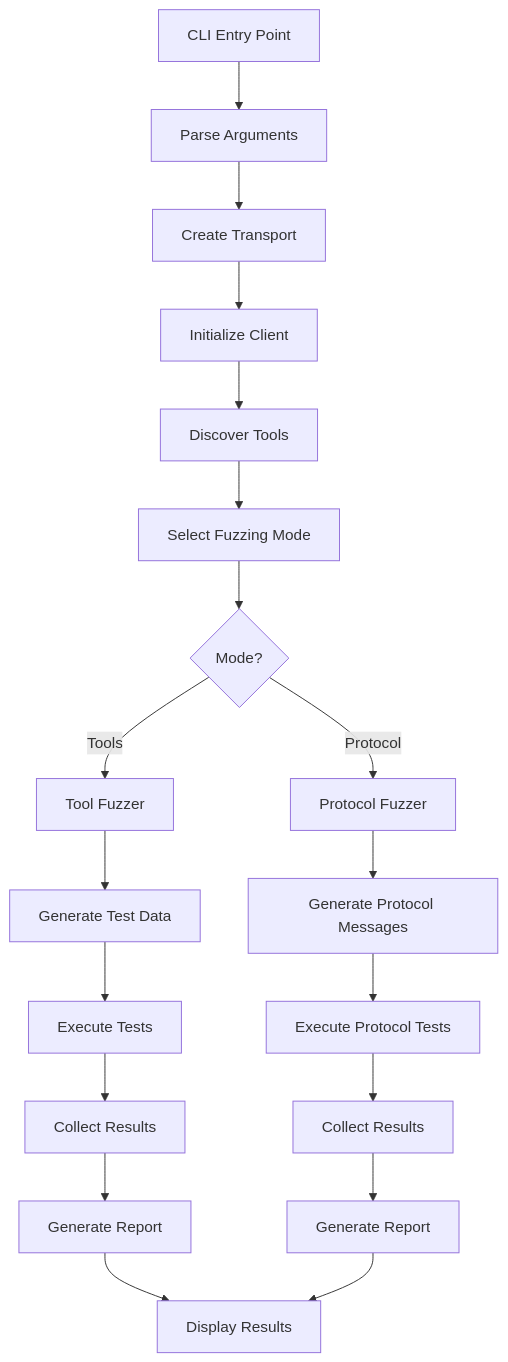
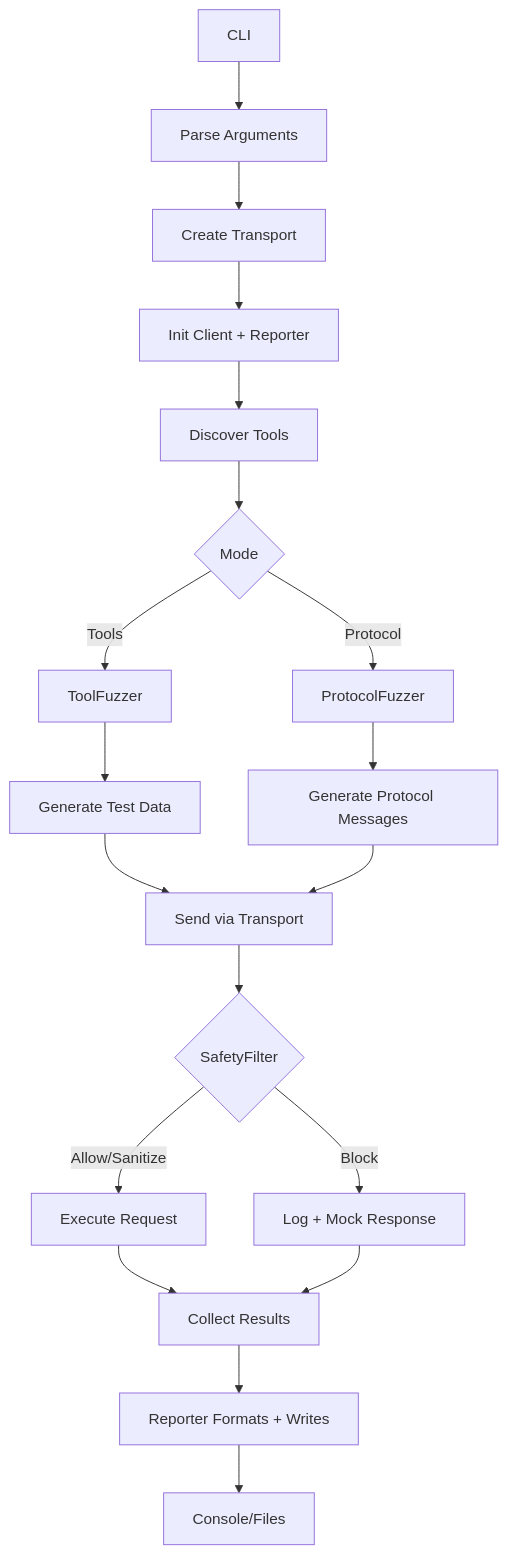
The second of 5 diagrams in docs/architecture.md (Agent-Hellboy/mcp-server-fuzzer), drawn with Mermaid before and after one commit. The commit also changed other lines of this file and 48 other files, not shown here.

````diff
--- a/docs/architecture.md
+++ b/docs/architecture.md
@@ -71,27 +87,27 @@
 ```mermaid
 graph TD
-    A[CLI Entry Point] --> B[Parse Arguments]
+    A[CLI] --> B[Parse Arguments]
     B --> C[Create Transport]
-    C --> D[Initialize Client]
+    C --> D[Init Client + Reporter]
     D --> E[Discover Tools]
-    E --> F[Select Fuzzing Mode]
+    E --> F{Mode}
 
-    F --> G{Mode?}
-    G -->|Tools| H[Tool Fuzzer]
-    G -->|Protocol| I[Protocol Fuzzer]
+    F -->|Tools| G[ToolFuzzer]
+    F -->|Protocol| H[ProtocolFuzzer]
 
-    H --> J[Generate Test Data]
-    I --> K[Generate Protocol Messages]
+    G --> I[Generate Test Data]
+    H --> J[Generate Protocol Messages]
 
-    J --> L[Execute Tests]
-    K --> M[Execute Protocol Tests]
+    I --> K[Send via Transport]
+    J --> K
 
-    L --> N[Collect Results]
-    M --> O[Collect Results]
+    K --> L{SafetyFilter}
+    L -->|Block| M[Log + Mock Response]
+    L -->|Allow/Sanitize| N[Execute Request]
 
-    N --> P[Generate Report]
-    O --> Q[Generate Report]
+    N --> O[Collect Results]
+    M --> O
 
-    P --> R[Display Results]
-    Q --> R[Display Results]
+    O --> P[Reporter Formats + Writes]
+    P --> Q[Console/Files]
 ```
````
